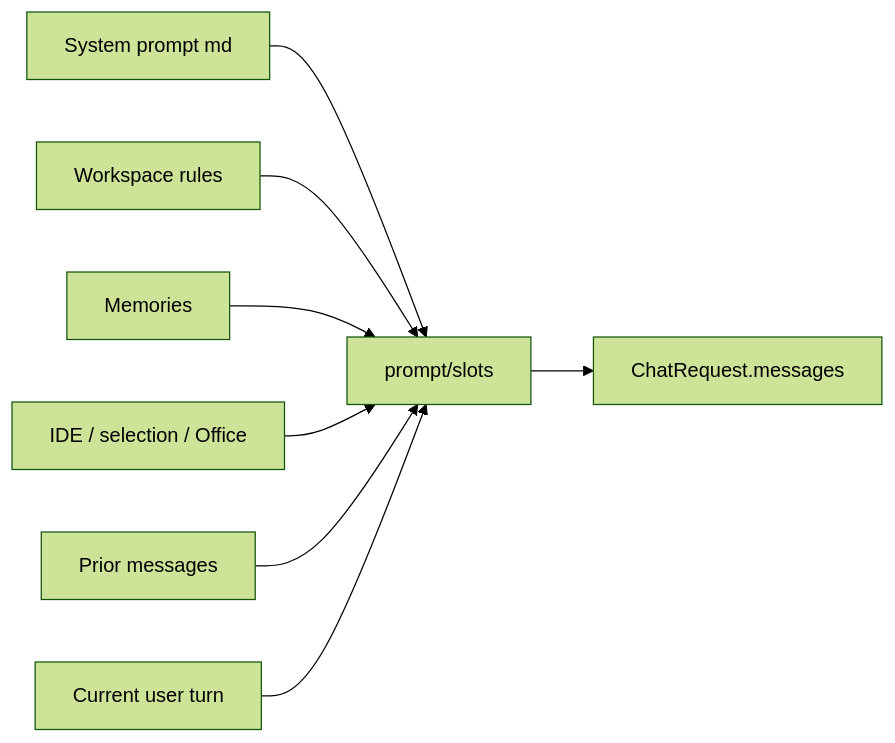
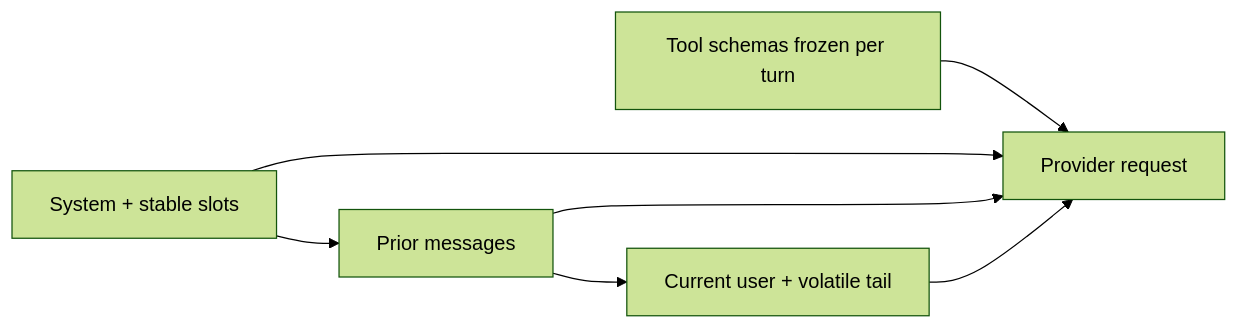
One commit to rururunu/Anya changed diagram 15 of 20 in docs/architecture-overview.md. Above: the diagram before and after it, drawn with Mermaid (forest theme). The commit also changed other lines of this file and 235 other files, not shown here.

First line of the commit message:
feat: v0.2.22 分栏 Diff、字体设置、宠物图集与插件 pet/deepseek API

````diff
--- a/docs/architecture-overview.md
+++ b/docs/architecture-overview.md
@@ -641,10 +667,9 @@
 ```mermaid
 flowchart LR
-  SYS[System prompt md] --> SLOT[prompt/slots]
-  RULE[Workspace rules] --> SLOT
-  MEM[Memories] --> SLOT
-  IDE[IDE / selection / Office] --> SLOT
-  HIST[Prior messages] --> SLOT
-  USER[Current user turn] --> SLOT
-  SLOT --> REQ[ChatRequest.messages]
+  SYS[System + stable slots] --> HIST[Prior messages]
+  HIST --> USER[Current user + volatile tail]
+  TOOLS[Tool schemas frozen per turn] --> REQ[Provider request]
+  SYS --> REQ
+  HIST --> REQ
+  USER --> REQ
 ```
````
